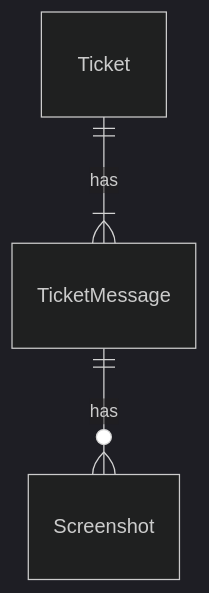
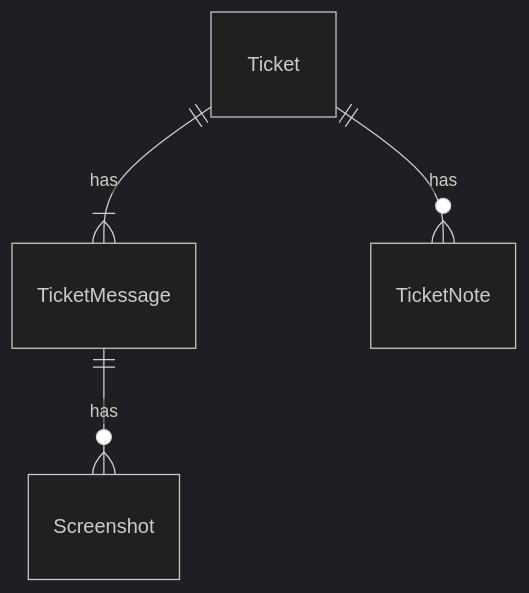
The third of 3 diagrams in docs/wiki/product/er-diagram.md (minimalist-hr/herculean), drawn with Mermaid (dark theme) before and after one commit. The commit also changed other lines of this file and 145 other files, not shown here.

````diff
--- a/docs/wiki/product/er-diagram.md
+++ b/docs/wiki/product/er-diagram.md
@@ -222,5 +222,6 @@
 ```mermaid
 erDiagram
     Ticket ||--|{ TicketMessage : has
     TicketMessage ||--o{ Screenshot : has
+    Ticket ||--o{ TicketNote : has
 ```
````
